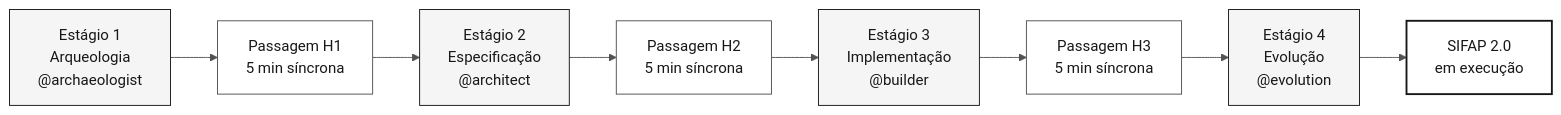
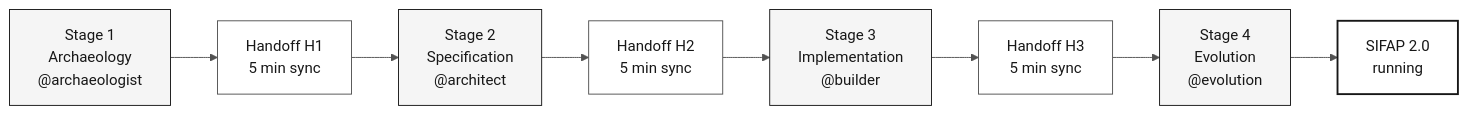
The diagram in README.md (paulasilvatech/datacorp-mm-team-kit), drawn with Mermaid before and after one commit. The commit also changed other lines of this file and 169 other files, not shown here.

````diff
--- a/README.md
+++ b/README.md
@@ -36,18 +36,18 @@
 ```mermaid
 %%{init: {'theme':'neutral','themeVariables':{'fontFamily':'ui-sans-serif, system-ui, sans-serif','primaryColor':'#F5F5F5','primaryTextColor':'#171717','primaryBorderColor':'#171717','lineColor':'#525252','secondaryColor':'#FFFFFF','tertiaryColor':'#FAFAFA','background':'#FFFFFF'}}}%%
 flowchart LR
     classDef step fill:#F5F5F5,stroke:#171717,color:#171717
     classDef handoff fill:#FFFFFF,stroke:#525252,color:#171717
     classDef result fill:#FFFFFF,stroke:#171717,color:#171717,stroke-width:2px
 
-    E1["Estágio 1<br/>Arqueologia<br/>@archaeologist"]:::step
-    H1["Passagem H1<br/>5 min síncrona"]:::handoff
-    E2["Estágio 2<br/>Especificação<br/>@architect"]:::step
-    H2["Passagem H2<br/>5 min síncrona"]:::handoff
-    E3["Estágio 3<br/>Implementação<br/>@builder"]:::step
-    H3["Passagem H3<br/>5 min síncrona"]:::handoff
-    E4["Estágio 4<br/>Evolução<br/>@evolution"]:::step
-    R["SIFAP 2.0<br/>em execução"]:::result
+    E1["Stage 1<br/>Archaeology<br/>@archaeologist"]:::step
+    H1["Handoff H1<br/>5 min sync"]:::handoff
+    E2["Stage 2<br/>Specification<br/>@architect"]:::step
+    H2["Handoff H2<br/>5 min sync"]:::handoff
+    E3["Stage 3<br/>Implementation<br/>@builder"]:::step
+    H3["Handoff H3<br/>5 min sync"]:::handoff
+    E4["Stage 4<br/>Evolution<br/>@evolution"]:::step
+    R["SIFAP 2.0<br/>running"]:::result
 
     E1 --> H1 --> E2 --> H2 --> E3 --> H3 --> E4 --> R
 ```
````
